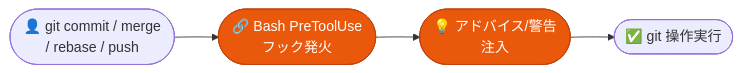
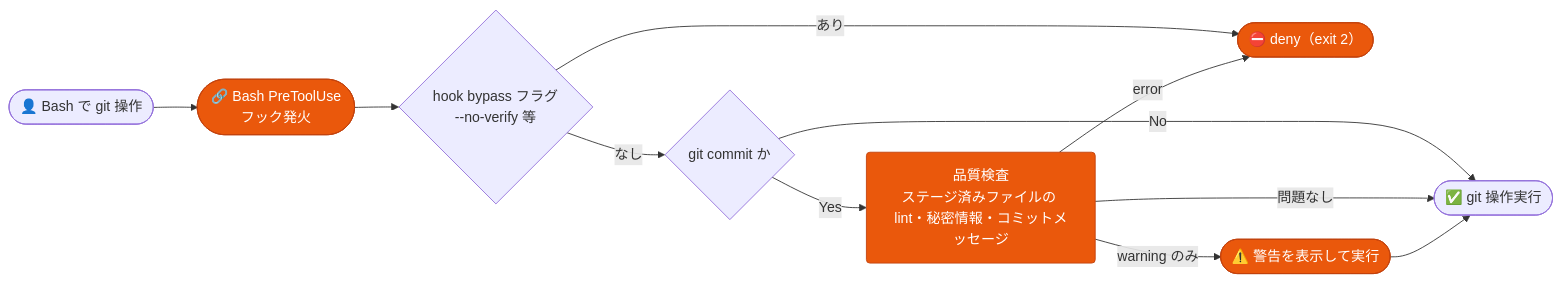
One commit to aokumablue/claq changed diagram 18 of 19 in README.md. Above: the diagram before and after it, drawn with Mermaid. The commit also changed other lines of this file, not shown here.

First line of the commit message:
docs(readme): コマンドの段数・ワークフロー図・フック説明を実装に合わせる

````diff
--- a/README.md
+++ b/README.md
@@ -725,8 +739,15 @@
 ```mermaid
 flowchart LR
   classDef auto   fill:#ea580c,stroke:#c2410c,color:#fff,rx:4
 
-  U(["👤 git commit / merge<br/>/ rebase / push"]) --> HK(["🔗 Bash PreToolUse<br/>フック発火"]):::auto
-  HK --> ADV(["💡 アドバイス/警告<br/>注入"]):::auto
-  ADV --> GO(["✅ git 操作実行"])
+  U(["👤 Bash で git 操作"]) --> HK(["🔗 Bash PreToolUse<br/>フック発火"]):::auto
+  HK --> NV{"hook bypass フラグ<br/>--no-verify 等"}
+  NV -->|あり| DENY(["⛔ deny（exit 2）"]):::auto
+  NV -->|なし| CQ{"git commit か"}
+  CQ -->|No| GO(["✅ git 操作実行"])
+  CQ -->|Yes| QC["品質検査<br/>ステージ済みファイルの lint・秘密情報・コミットメッセージ"]:::auto
+  QC -->|error| DENY
+  QC -->|warning のみ| WARN(["⚠️ 警告を表示して実行"]):::auto
+  QC -->|問題なし| GO
+  WARN --> GO
 ```
````
